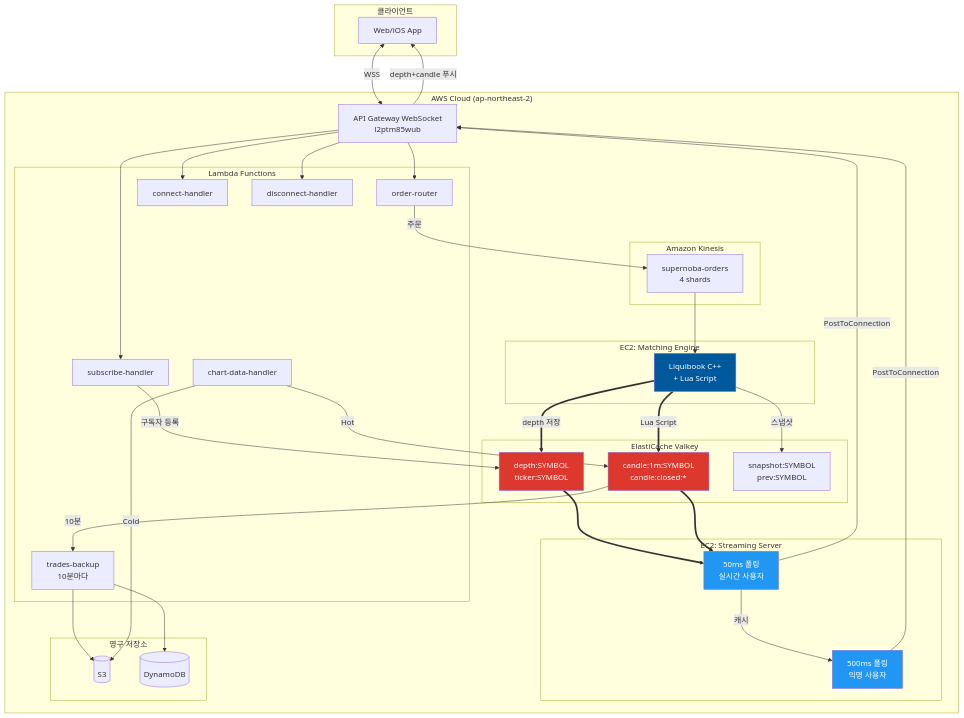
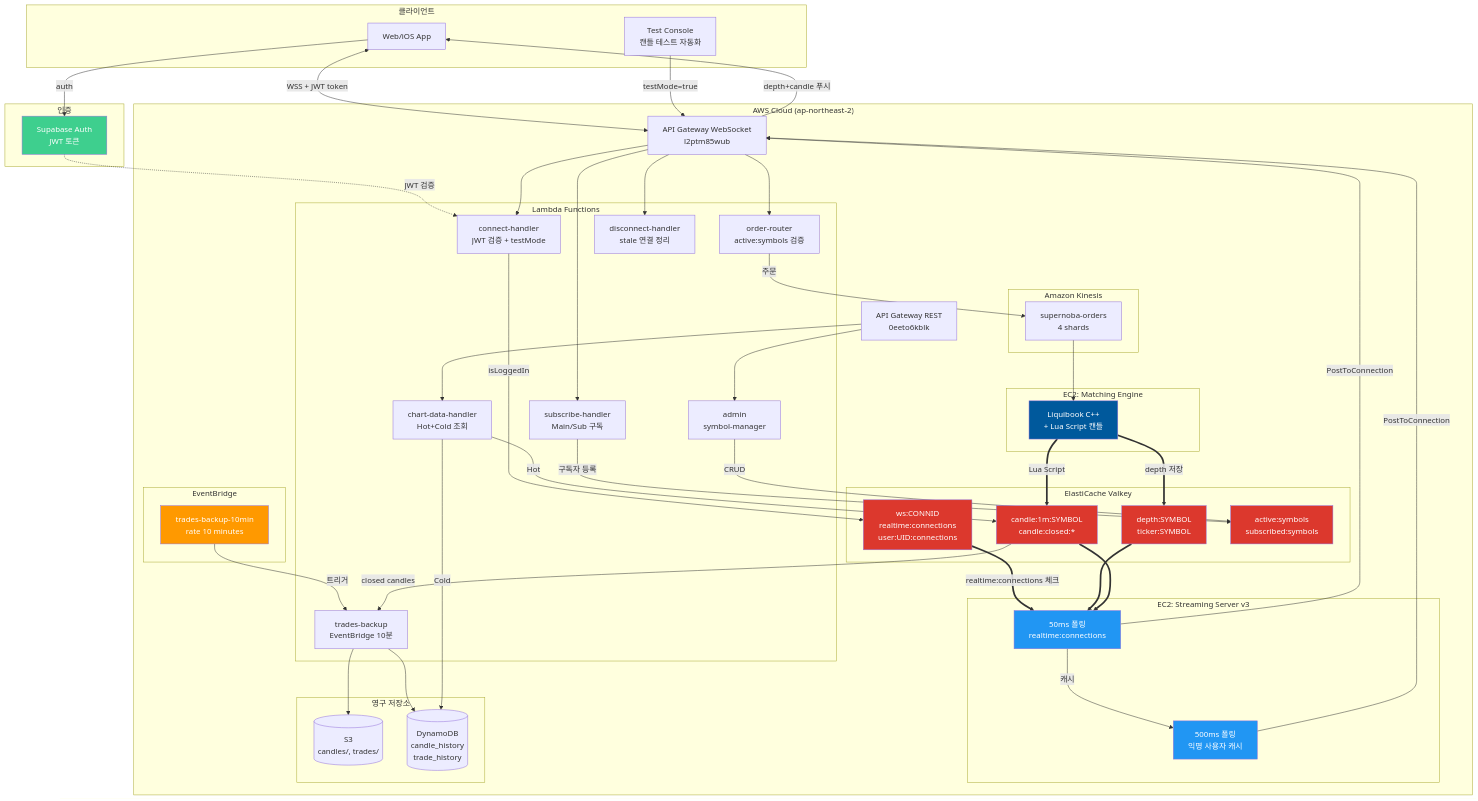
One commit to Ustock-Organization/liquibook changed the first of 3 diagrams in AWS_ARCHITECTURE.md. Above: the diagram before and after it, drawn with Mermaid. The commit also changed other lines of this file and 5 other files, not shown here.

Commit message:
feat: Add market data backup Lambda, Node.js streamer, C++ Redis client, web test, and update architecture documentation.

````diff
--- a/AWS_ARCHITECTURE.md
+++ b/AWS_ARCHITECTURE.md
@@ -12,18 +12,29 @@
 flowchart TD
     subgraph Client["클라이언트"]
         App[Web/iOS App]
+        TestConsole[Test Console<br/>캔들 테스트 자동화]
+    end
+    
+    subgraph Auth["인증"]
+        Supabase[Supabase Auth<br/>JWT 토큰]
     end
     
     subgraph AWS["AWS Cloud (ap-northeast-2)"]
         APIG[API Gateway WebSocket<br/>l2ptm85wub]
+        APIG_REST[API Gateway REST<br/>0eeto6kblk]
         
         subgraph Lambda["Lambda Functions"]
-            Router[order-router]
-            Connect[connect-handler]
-            Subscribe[subscribe-handler]
-            Disconnect[disconnect-handler]
-            ChartAPI[chart-data-handler]
-            Backup[trades-backup<br/>10분마다]
+            Router[order-router<br/>active:symbols 검증]
+            Connect[connect-handler<br/>JWT 검증 + testMode]
+            Subscribe[subscribe-handler<br/>Main/Sub 구독]
+            Disconnect[disconnect-handler<br/>stale 연결 정리]
+            Admin[admin<br/>symbol-manager]
+            ChartAPI[chart-data-handler<br/>Hot+Cold 조회]
+            Backup[trades-backup<br/>EventBridge 10분]
+        end
+        
+        subgraph EventBridge["EventBridge"]
+            EB[trades-backup-10min<br/>rate 10 minutes]
         end
         
         subgraph Kinesis["Amazon Kinesis"]
@@ -31,50 +42,65 @@
         end
         
         subgraph EC2_Engine["EC2: Matching Engine"]
-            Engine[Liquibook C++<br/>+ Lua Script]
+            Engine[Liquibook C++<br/>+ Lua Script 캔들]
         end
         
-        subgraph EC2_Streamer["EC2: Streaming Server"]
-            Fast[50ms 폴링<br/>실시간 사용자]
-            Slow[500ms 폴링<br/>익명 사용자]
+        subgraph EC2_Streamer["EC2: Streaming Server v3"]
+            Fast[50ms 폴링<br/>realtime:connections]
+            Slow[500ms 폴링<br/>익명 사용자 캐시]
         end
         
         subgraph ElastiCache["ElastiCache Valkey"]
             DepthCache["depth:SYMBOL<br/>ticker:SYMBOL"]
+            SubCache["ws:CONNID<br/>realtime:connections<br/>user:UID:connections"]
             CandleCache["candle:1m:SYMBOL<br/>candle:closed:*"]
-            BackupCache["snapshot:SYMBOL<br/>prev:SYMBOL"]
+            SymbolCache["active:symbols<br/>subscribed:symbols"]
         end
         
         subgraph Storage["영구 저장소"]
-            S3[(S3)]
-            DDB[(DynamoDB)]
+            S3[(S3<br/>candles/, trades/)]
+            DDB[(DynamoDB<br/>candle_history<br/>trade_history)]
         end
     end
     
-    App <-->|WSS| APIG
+    App <-->|WSS + JWT token| APIG
+    TestConsole -->|testMode=true| APIG
+    App -->|auth| Supabase
+    Supabase -.->|JWT 검증| Connect
+    
     APIG --> Router & Connect & Subscribe & Disconnect
+    APIG_REST --> Admin & ChartAPI
     
     Router -->|주문| K1
     K1 --> Engine
     Engine ==>|"Lua Script"| CandleCache
     Engine ==>|depth 저장| DepthCache
-    Engine -->|스냅샷| BackupCache
     
-    Subscribe -->|구독자 등록| DepthCache
+    Connect -->|isLoggedIn| SubCache
+    Subscribe -->|구독자 등록| SymbolCache
+    
+    SubCache ==>|realtime:connections 체크| Fast
     DepthCache ==> Fast
     CandleCache ==> Fast
     Fast -->|캐시| Slow
     Fast & Slow -->|PostToConnection| APIG
     APIG -->|depth+candle 푸시| App
     
-    CandleCache -->|10분| Backup
+    EB -->|트리거| Backup
+    CandleCache -->|closed candles| Backup
     Backup --> S3 & DDB
     ChartAPI -->|Hot| CandleCache
-    ChartAPI -->|Cold| S3
+    ChartAPI -->|Cold| DDB
+    
+    Admin -->|CRUD| SymbolCache
     
     style DepthCache fill:#DC382D,color:white
     style CandleCache fill:#DC382D,color:white
+    style SubCache fill:#DC382D,color:white
+    style SymbolCache fill:#DC382D,color:white
     style Engine fill:#00599C,color:white
     style Fast fill:#2196F3,color:white
     style Slow fill:#2196F3,color:white
+    style Supabase fill:#3ECF8E,color:white
+    style EB fill:#FF9900,color:white
 ```
````
